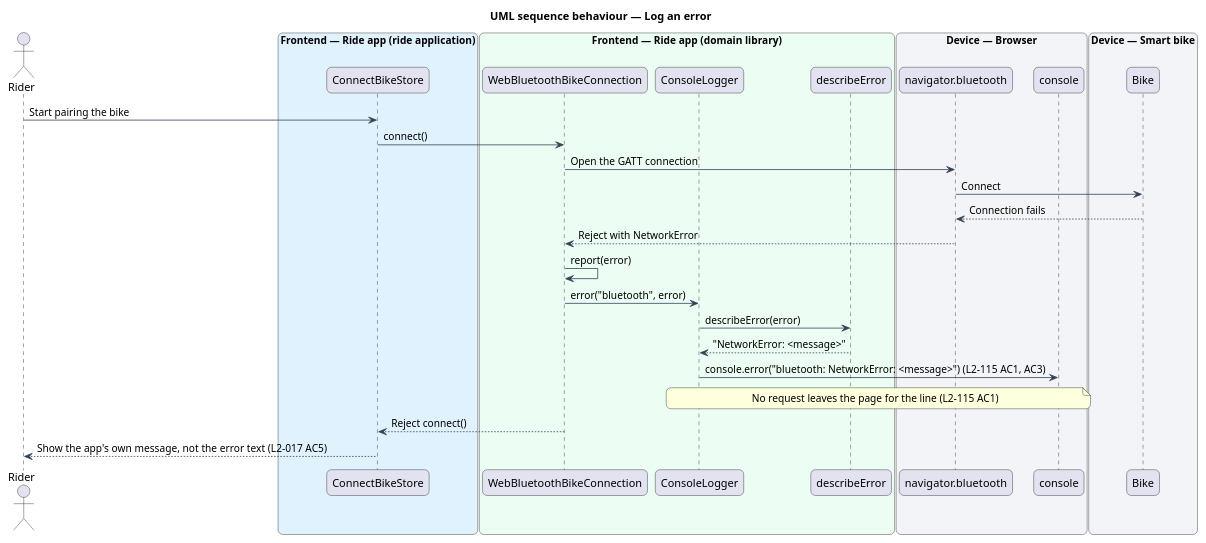
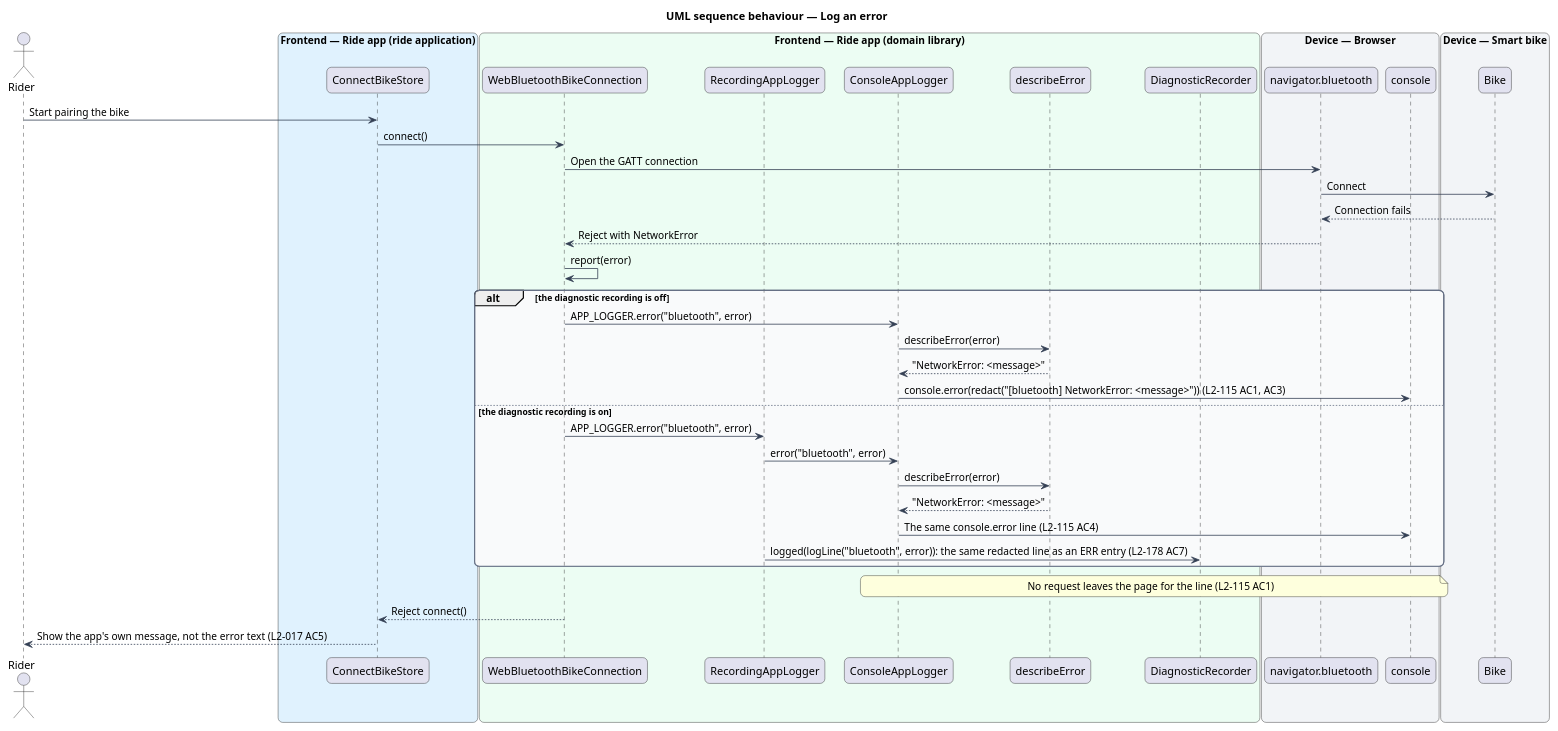
One commit to QuinntyneBrown/ride-one changed the diagram in docs/detailed-designs/security/log-to-the-console-only/diagrams/sequence-log-an-error.puml. Above: the diagram before and after it, drawn with PlantUML. The commit also changed 45 other files, not shown here.

First line of the commit message:
Design the diagnostic recording and bring ten designs in line (L2-178)

```diff
--- a/docs/detailed-designs/security/log-to-the-console-only/diagrams/sequence-log-an-error.puml
+++ b/docs/detailed-designs/security/log-to-the-console-only/diagrams/sequence-log-an-error.puml
@@ -1,47 +1,58 @@
 @startuml
 title UML sequence behaviour — Log an error
 skinparam backgroundColor #FFFFFF
 skinparam shadowing false
 skinparam roundcorner 12
 skinparam defaultFontName Arial
 skinparam ArrowColor #344054
 skinparam rectangle {
   BorderColor #344054
   FontColor #101828
 }
 skinparam package {
   BorderColor #667085
   FontColor #101828
   BackgroundColor #F9FAFB
 }
 actor "Rider" as rider
 box "Frontend — Ride app (ride application)" #E0F2FE
   participant "ConnectBikeStore" as page
 end box
 box "Frontend — Ride app (domain library)" #ECFDF3
   participant "WebBluetoothBikeConnection" as conn
-  participant "ConsoleLogger" as logger
+  participant "RecordingAppLogger" as reclogger
+  participant "ConsoleAppLogger" as logger
   participant "describeError" as describe
+  participant "DiagnosticRecorder" as recorder
 end box
 box "Device — Browser" #F2F4F7
   participant "navigator.bluetooth" as ble
   participant "console" as console
 end box
 box "Device — Smart bike" #F2F4F7
   participant "Bike" as bike
 end box
 rider -> page : Start pairing the bike
 page -> conn : connect()
 conn -> ble : Open the GATT connection
 ble -> bike : Connect
 bike --> ble : Connection fails
 ble --> conn : Reject with NetworkError
 conn -> conn : report(error)
-conn -> logger : error("bluetooth", error)
-logger -> describe : describeError(error)
-describe --> logger : "NetworkError: <message>"
-logger -> console : console.error("bluetooth: NetworkError: <message>") (L2-115 AC1, AC3)
+alt the diagnostic recording is off
+  conn -> logger : APP_LOGGER.error("bluetooth", error)
+  logger -> describe : describeError(error)
+  describe --> logger : "NetworkError: <message>"
+  logger -> console : console.error(redact("[bluetooth] NetworkError: <message>")) (L2-115 AC1, AC3)
+else the diagnostic recording is on
+  conn -> reclogger : APP_LOGGER.error("bluetooth", error)
+  reclogger -> logger : error("bluetooth", error)
+  logger -> describe : describeError(error)
+  describe --> logger : "NetworkError: <message>"
+  logger -> console : The same console.error line (L2-115 AC4)
+  reclogger -> recorder : logged(logLine("bluetooth", error)): the same redacted line as an ERR entry (L2-178 AC7)
+end
 note over logger, console : No request leaves the page for the line (L2-115 AC1)
 conn --> page : Reject connect()
 page --> rider : Show the app's own message, not the error text (L2-017 AC5)
 @enduml
```
